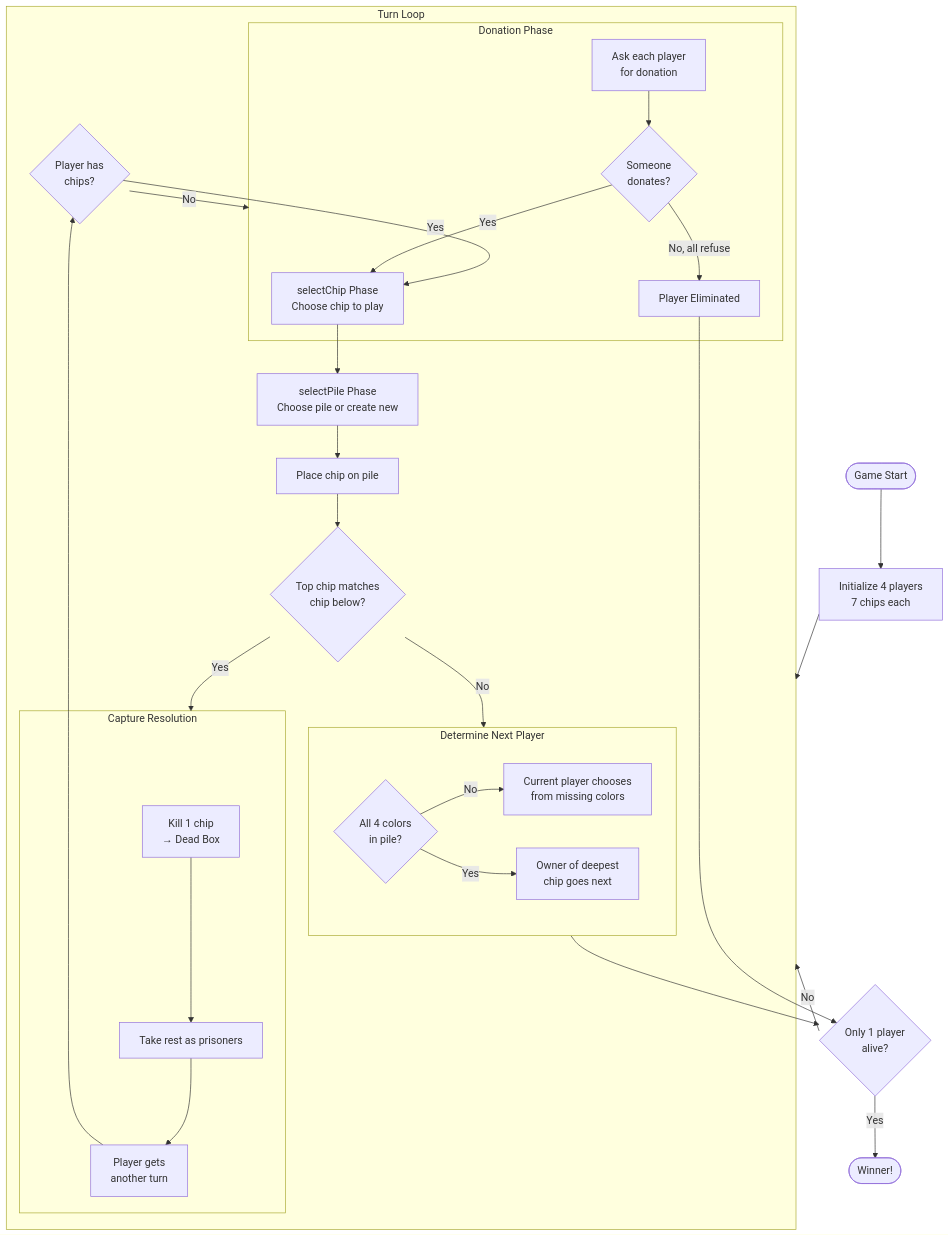
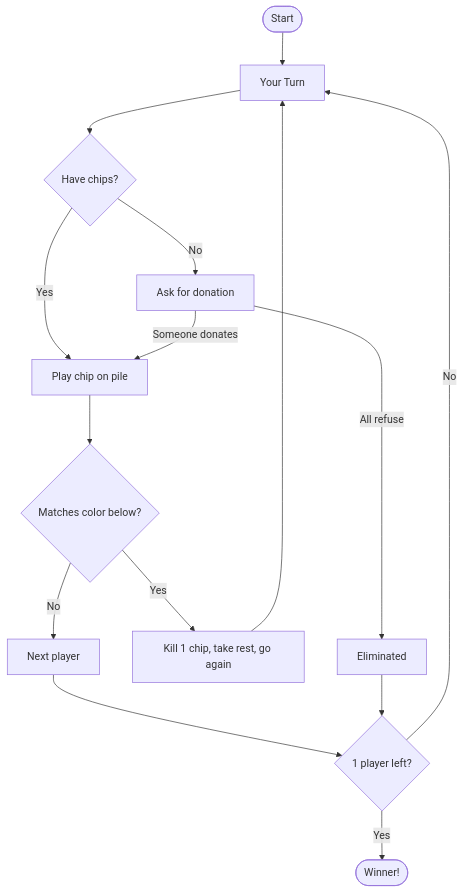
Before and after one commit to stanley-fork/so-long-sucker: the diagram in README.md, drawn with Mermaid. The commit also changed other lines of this file and 1 other file, not shown here.

````diff
--- a/README.md
+++ b/README.md
@@ -278,44 +46,17 @@
 ```mermaid
 flowchart TD
-    START([Game Start]) --> INIT[Initialize 4 players<br/>7 chips each]
-    INIT --> TURN
-
-    subgraph TURN [Turn Loop]
-        CHECK_ALIVE{Player has<br/>chips?}
-        CHECK_ALIVE -->|Yes| SELECT_CHIP[selectChip Phase<br/>Choose chip to play]
-        CHECK_ALIVE -->|No| DONATION
-
-        subgraph DONATION [Donation Phase]
-            ASK[Ask each player<br/>for donation]
-            ASK --> DONATED{Someone<br/>donates?}
-            DONATED -->|Yes| SELECT_CHIP
-            DONATED -->|No, all refuse| ELIMINATE[Player Eliminated]
-        end
-
-        SELECT_CHIP --> SELECT_PILE[selectPile Phase<br/>Choose pile or create new]
-        SELECT_PILE --> PLAY[Place chip on pile]
-        PLAY --> CAPTURE_CHECK{Top chip matches<br/>chip below?}
-        
-        CAPTURE_CHECK -->|Yes| CAPTURE[Capture Phase]
-        CAPTURE_CHECK -->|No| NEXT_PLAYER
-
-        subgraph CAPTURE [Capture Resolution]
-            KILL[Kill 1 chip<br/>→ Dead Box]
-            KILL --> TAKE[Take rest as prisoners]
-            TAKE --> EXTRA[Player gets<br/>another turn]
-        end
-
-        EXTRA --> CHECK_ALIVE
-
-        subgraph NEXT_PLAYER [Determine Next Player]
-            MISSING{All 4 colors<br/>in pile?}
-            MISSING -->|No| CHOOSE[Current player chooses<br/>from missing colors]
-            MISSING -->|Yes| DEEPEST[Owner of deepest<br/>chip goes next]
-        end
-    end
-
-    NEXT_PLAYER --> WIN_CHECK{Only 1 player<br/>alive?}
-    ELIMINATE --> WIN_CHECK
-    WIN_CHECK -->|No| TURN
-    WIN_CHECK -->|Yes| WIN([Winner!])
+    START([Start]) --> TURN[Your Turn]
+    TURN --> HAS_CHIPS{Have chips?}
+    HAS_CHIPS -->|Yes| PLAY[Play chip on pile]
+    HAS_CHIPS -->|No| DONATE[Ask for donation]
+    DONATE -->|Someone donates| PLAY
+    DONATE -->|All refuse| DEAD[Eliminated]
+    PLAY --> CAPTURE{Matches color below?}
+    CAPTURE -->|Yes| TAKE[Kill 1 chip, take rest, go again]
+    CAPTURE -->|No| NEXT[Next player]
+    TAKE --> TURN
+    NEXT --> CHECK{1 player left?}
+    DEAD --> CHECK
+    CHECK -->|No| TURN
+    CHECK -->|Yes| WIN([Winner!])
 ```
````
